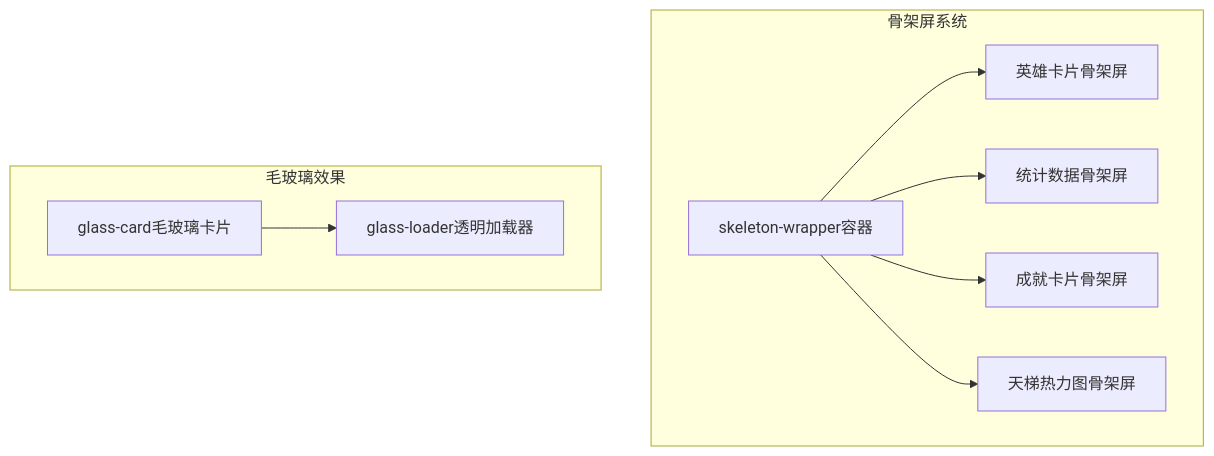
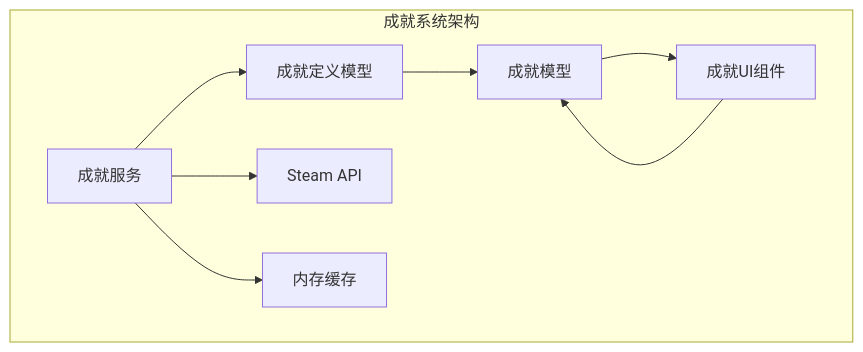
One commit to TinyMaD/SpeedRunnersLab changed the seventh of 15 diagrams in .qoder/repowiki/zh/content/后端 API 服务/用户管理模块/个人资料系统.md. Above: the diagram before and after it, drawn with Mermaid. The commit also changed other lines of this file and 9 other files, not shown here.

````diff
--- a/.qoder/repowiki/zh/content/后端 API 服务/用户管理模块/个人资料系统.md
+++ b/.qoder/repowiki/zh/content/后端 API 服务/用户管理模块/个人资料系统.md
@@ -341,19 +372,17 @@
 ```mermaid
 graph TB
-subgraph "骨架屏系统"
-SkeletonWrapper[skeleton-wrapper容器]
-HeroSkeleton[英雄卡片骨架屏]
-StatsSkeleton[统计数据骨架屏]
-AchievementSkeleton[成就卡片骨架屏]
-HeatmapSkeleton[天梯热力图骨架屏]
+subgraph "成就系统架构"
+AchievementSchema[成就定义模型]
+Achievement[成就模型]
+AchievementUI[成就UI组件]
+AchievementService[成就服务]
+SteamAPI[Steam API]
+Cache[内存缓存]
 end
-subgraph "毛玻璃效果"
-GlassCard[glass-card毛玻璃卡片]
-GlassLoader[glass-loader透明加载器]
-end
-SkeletonWrapper --> HeroSkeleton
-SkeletonWrapper --> StatsSkeleton
-SkeletonWrapper --> AchievementSkeleton
-SkeletonWrapper --> HeatmapSkeleton
-GlassCard --> GlassLoader
+AchievementSchema --> Achievement
+Achievement --> AchievementUI
+AchievementService --> AchievementSchema
+AchievementService --> SteamAPI
+AchievementService --> Cache
+AchievementUI --> Achievement
 ```
````
